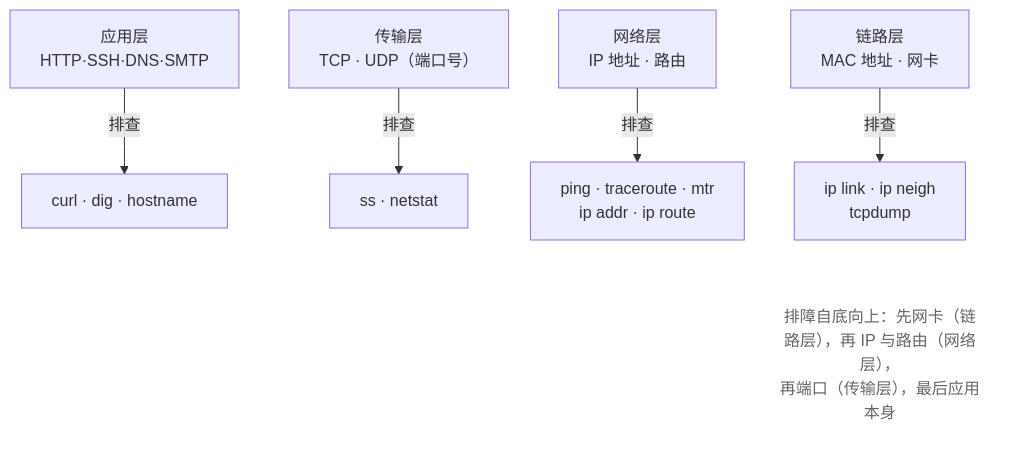
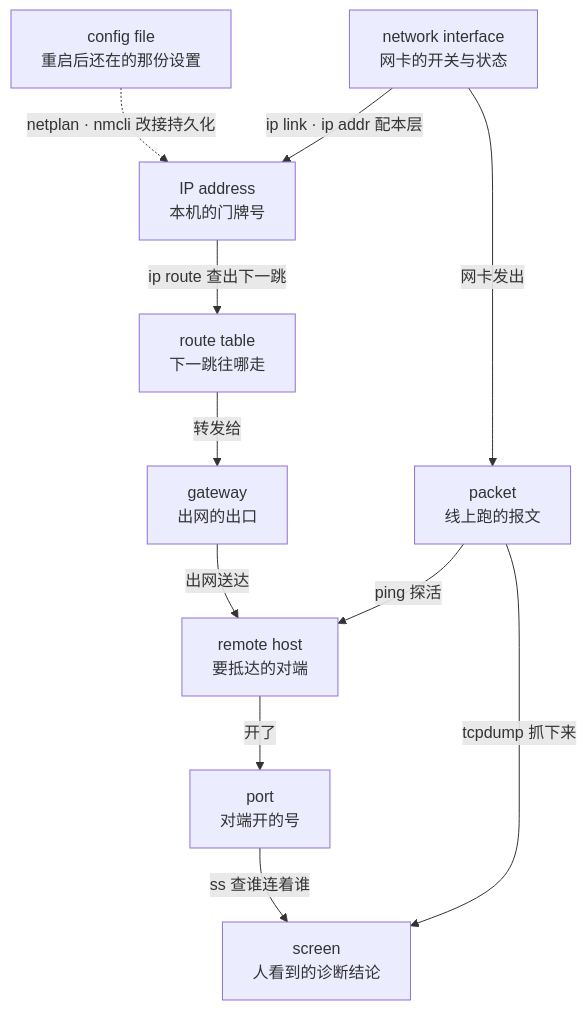
One commit to wangxiangnan/wangxiangnan.github.io changed the diagram in src/linux-command/ch14.md. Above: the diagram before and after it, drawn with Mermaid. The commit also changed other lines of this file and 32 other files, not shown here.

````diff
--- a/src/linux-command/ch14.md
+++ b/src/linux-command/ch14.md
@@ -71,13 +14,23 @@
 ```mermaid
 flowchart TB
-    L1["应用层<br>HTTP·SSH·DNS·SMTP"] -->|排查| R1["curl · dig · hostname"]
-    L2["传输层<br>TCP · UDP（端口号）"] -->|排查| R2["ss · netstat"]
-    L3["网络层<br>IP 地址 · 路由"] -->|排查| R3["ping · traceroute · mtr<br>ip addr · ip route"]
-    L4["链路层<br>MAC 地址 · 网卡"] -->|排查| R4["ip link · ip neigh<br>tcpdump"]
-    N["排障自底向上：先网卡（链路层），再 IP 与路由（网络层），<br>再端口（传输层），最后应用本身"]
+    CONF["config file<br>重启后还在的那份设置"]
+    IF["network interface<br>网卡的开关与状态"]
+    IP["IP address<br>本机的门牌号"]
+    RT["route table<br>下一跳往哪走"]
+    GW["gateway<br>出网的出口"]
+    PKT["packet<br>线上跑的报文"]
+    HOST["remote host<br>要抵达的对端"]
+    PORT["port<br>对端开的号"]
+    SCR["screen<br>人看到的诊断结论"]
 
-    R4 ~~~ N
-
-    classDef note fill:none,stroke:none,color:#666
-    class N note
+    CONF -.->|"netplan · nmcli 改接持久化"| IP
+    IF -->|"ip link · ip addr 配本层"| IP
+    IF -->|"网卡发出"| PKT
+    IP -->|"ip route 查出下一跳"| RT
+    RT -->|"转发给"| GW
+    GW -->|"出网送达"| HOST
+    HOST -->|"开了"| PORT
+    PKT -->|"ping 探活"| HOST
+    PKT -->|"tcpdump 抓下来"| SCR
+    PORT -->|"ss 查谁连着谁"| SCR
 ```
````
